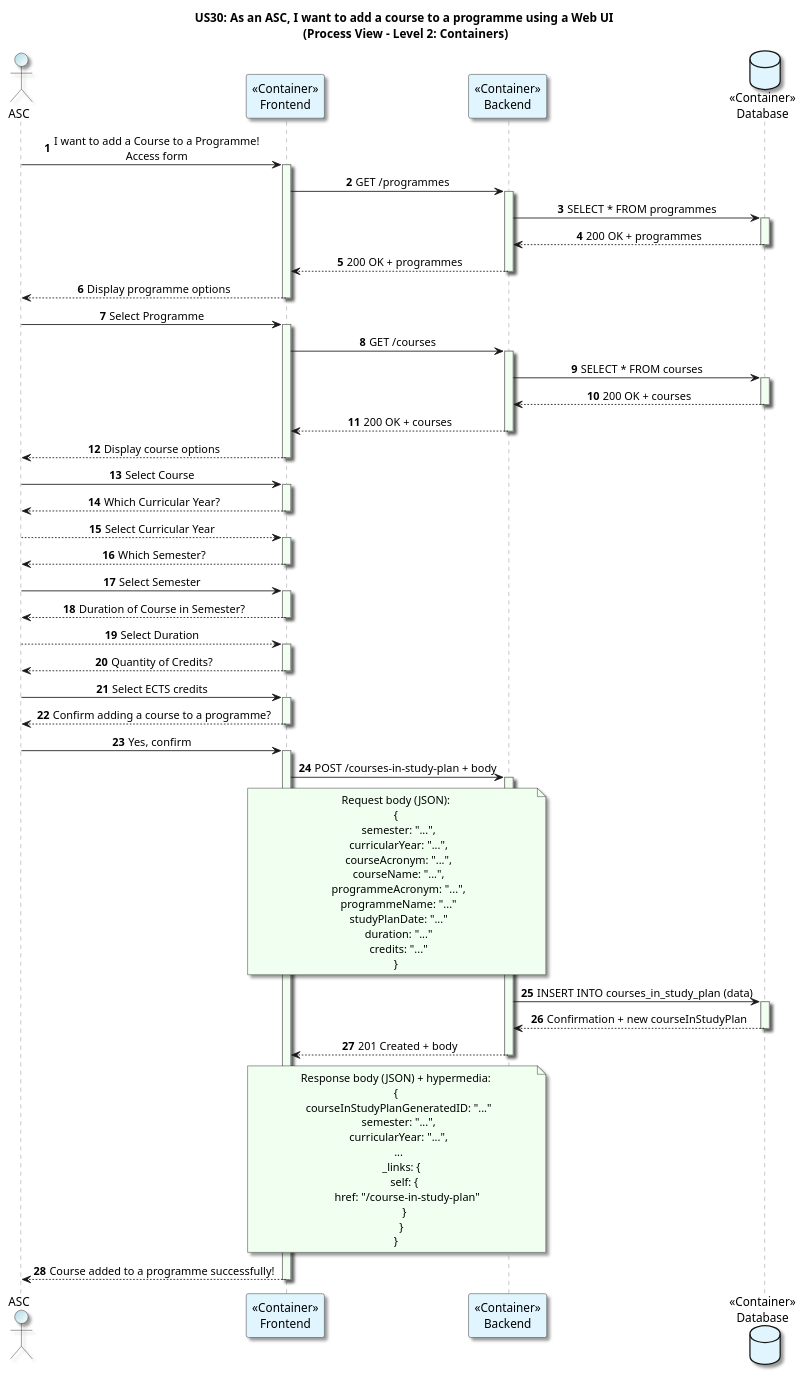
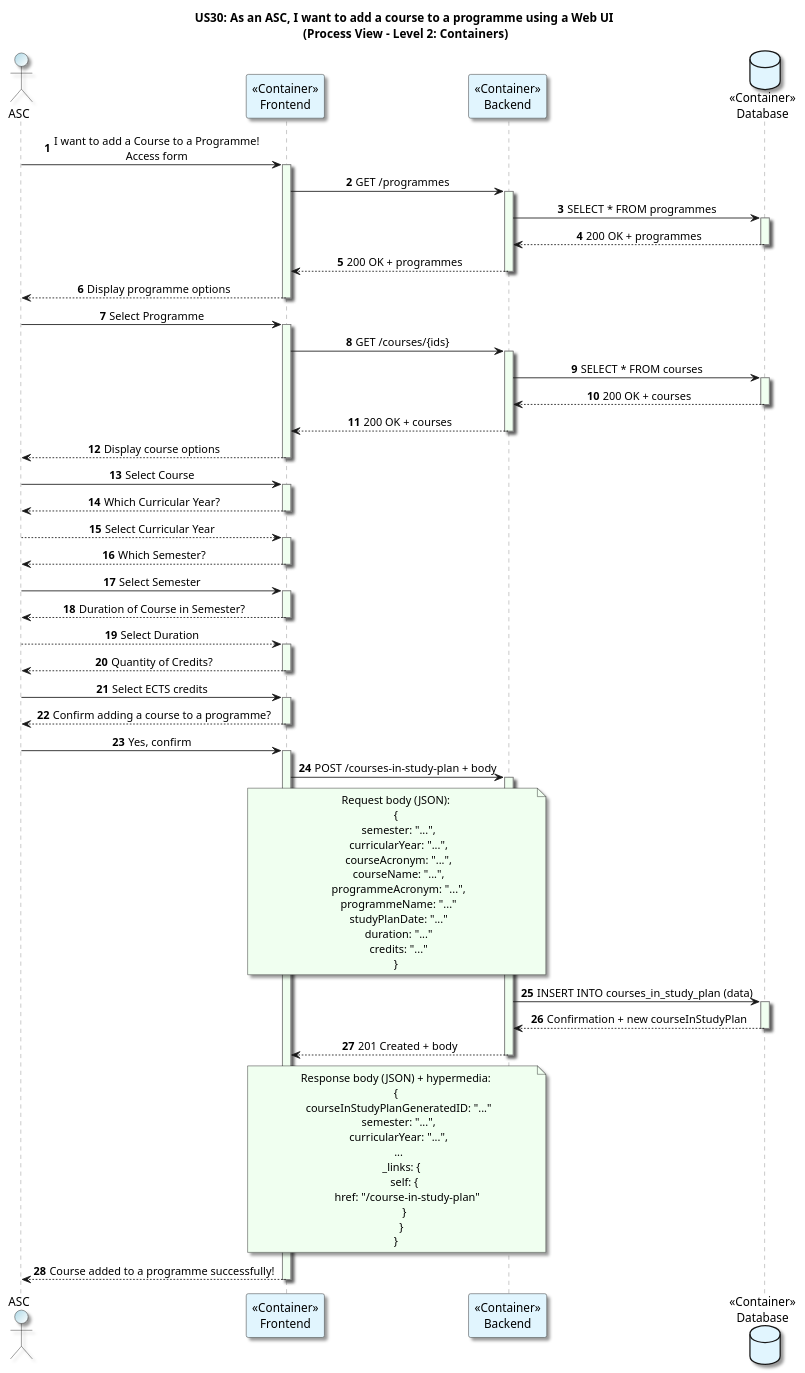
The diagram in docs/US30/Sprint_7/ProcessView/AddCourseToAProgramme_ProcessView_Level2.puml (GasparISEP/DevOps-PAI), drawn with PlantUML before and after one commit. The commit also changed 2 other files, not shown here.

Commit message:
docs(process-view level 3): Add detailed flow diagram for List Of Courses in addCourseToAProgramme functionality (Refs: #701, #705)

```diff
--- a/docs/US30/Sprint_7/ProcessView/AddCourseToAProgramme_ProcessView_Level2.puml
+++ b/docs/US30/Sprint_7/ProcessView/AddCourseToAProgramme_ProcessView_Level2.puml
@@ -1,115 +1,115 @@
 @startuml
 title US30: As an ASC, I want to add a course to a programme using a Web UI\n (Process View - Level 2: Containers)
 autonumber
 
 skinparam {
   ActivityPadding 2
   ActivityMargin 2
   BoxPadding 2
 }
 skinparam sequence {
     LifeLineBorderColor Grey
     LifeLineBackgroundColor HoneyDew
 }
 skinparam defaultTextAlignment center
 skinparam shadowing true
 
 actor ASC  #LightBlue/White
 participant "<<Container>>\nFrontend" as Frontend #E1F5FE
 participant "<<Container>>\nBackend" as Backend #E1F5FE
 database "<<Container>>\nDatabase" as Database #E1F5FE
 
 ASC -> Frontend: I want to add a Course to a Programme!\nAccess form
 activate Frontend
 
 Frontend -> Backend: GET /programmes
 activate Backend
 Backend -> Database: SELECT * FROM programmes
 activate Database
 Database --> Backend: 200 OK + programmes
 deactivate Database
 Backend --> Frontend: 200 OK + programmes
 deactivate Backend
 Frontend --> ASC: Display programme options
 deactivate Frontend
 
 ASC -> Frontend: Select Programme
 activate Frontend
-Frontend -> Backend: GET /courses
+Frontend -> Backend: GET /courses/{ids}
 activate Backend
 Backend -> Database: SELECT * FROM courses
 activate Database
 Database --> Backend: 200 OK + courses
 deactivate Database
 Backend --> Frontend: 200 OK + courses
 deactivate Backend
 Frontend --> ASC: Display course options
 deactivate Frontend
 
 ASC -> Frontend: Select Course
 activate Frontend
 Frontend --> ASC: Which Curricular Year?
 deactivate Frontend
 
 ASC --> Frontend: Select Curricular Year
 activate Frontend
 Frontend --> ASC: Which Semester?
 deactivate Frontend
 
 ASC -> Frontend: Select Semester
 activate Frontend
 Frontend --> ASC: Duration of Course in Semester?
 deactivate Frontend
 
 ASC --> Frontend: Select Duration
 activate Frontend
 Frontend --> ASC: Quantity of Credits?
 deactivate Frontend
 
 ASC -> Frontend: Select ECTS credits
 activate Frontend
 Frontend --> ASC: Confirm adding a course to a programme?
 deactivate Frontend
 
 
 ASC -> Frontend: Yes, confirm
 activate Frontend
 Frontend -> Backend: POST /courses-in-study-plan + body
 note over Frontend, Backend #HoneyDew
 Request body (JSON):
 {
   semester: "...",
   curricularYear: "...",
   courseAcronym: "...",
   courseName: "...",
   programmeAcronym: "...",
   programmeName: "..."
   studyPlanDate: "..."
   duration: "..."
   credits: "..."
 }
 end note
 activate Backend
 Backend -> Database: INSERT INTO courses_in_study_plan (data)
 activate Database
 Database --> Backend: Confirmation + new courseInStudyPlan
 deactivate Database
 Backend --> Frontend: 201 Created + body
 note over Backend, Frontend #HoneyDew
 Response body (JSON) + hypermedia:
 {
   courseInStudyPlanGeneratedID: "..."
   semester: "...",
   curricularYear: "...",
   ...
     _links: {
       self: {
         href: "/course-in-study-plan"
       }
     }
 }
 end note
 deactivate Backend
 Frontend --> ASC: Course added to a programme successfully!
 deactivate Frontend
 @enduml
```
